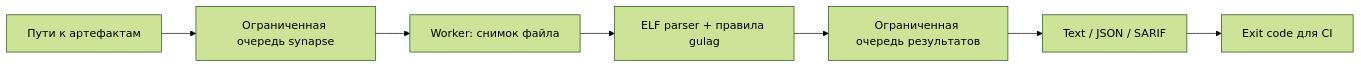
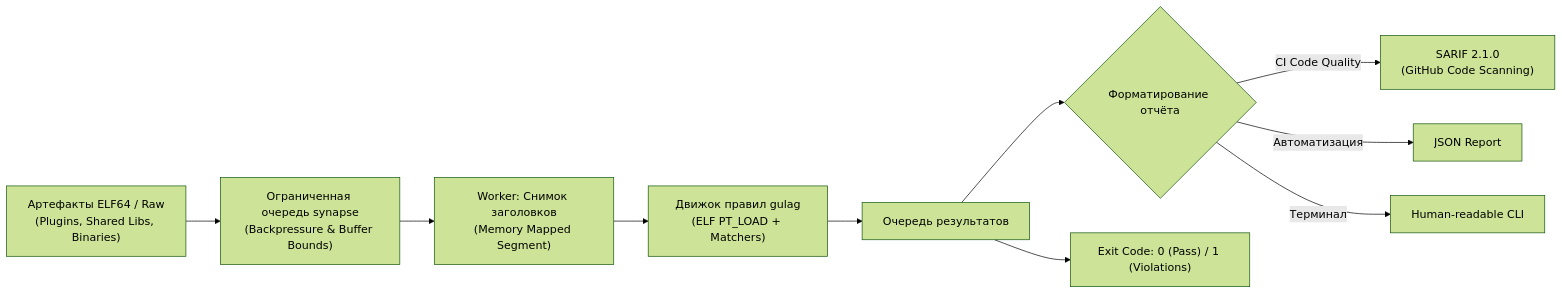
Before and after one commit to etern1ty-crypto/omsk-membrane: the diagram in README.md, drawn with Mermaid (forest theme). The commit also changed other lines of this file and 2 other files, not shown here.

Commit message:
docs: enrich README with x86-64 machine code policy matrix, live scanner gate logs, and SARIF export guide

````diff
--- a/README.md
+++ b/README.md
@@ -31,9 +52,12 @@
 ```mermaid
 flowchart LR
-    A[Пути к артефактам] --> B[Ограниченная очередь synapse]
-    B --> C[Worker: снимок файла]
-    C --> D[ELF parser + правила gulag]
-    D --> E[Ограниченная очередь результатов]
-    E --> F[Text / JSON / SARIF]
-    F --> G[Exit code для CI]
+    A["Артефакты ELF64 / Raw<br/>(Plugins, Shared Libs, Binaries)"] --> B["Ограниченная очередь synapse<br/>(Backpressure & Buffer Bounds)"]
+    B --> C["Worker: Снимок заголовков<br/>(Memory Mapped Segment)"]
+    C --> D["Движок правил gulag<br/>(ELF PT_LOAD + Matchers)"]
+    D --> E["Очередь результатов"]
+    E --> F{"Форматирование отчёта"}
+    F -->|CI Code Quality| SARIF["SARIF 2.1.0<br/>(GitHub Code Scanning)"]
+    F -->|Автоматизация| JSON["JSON Report"]
+    F -->|Терминал| Text["Human-readable CLI"]
+    E --> G["Exit Code: 0 (Pass) / 1 (Violations)"]
 ```
````
